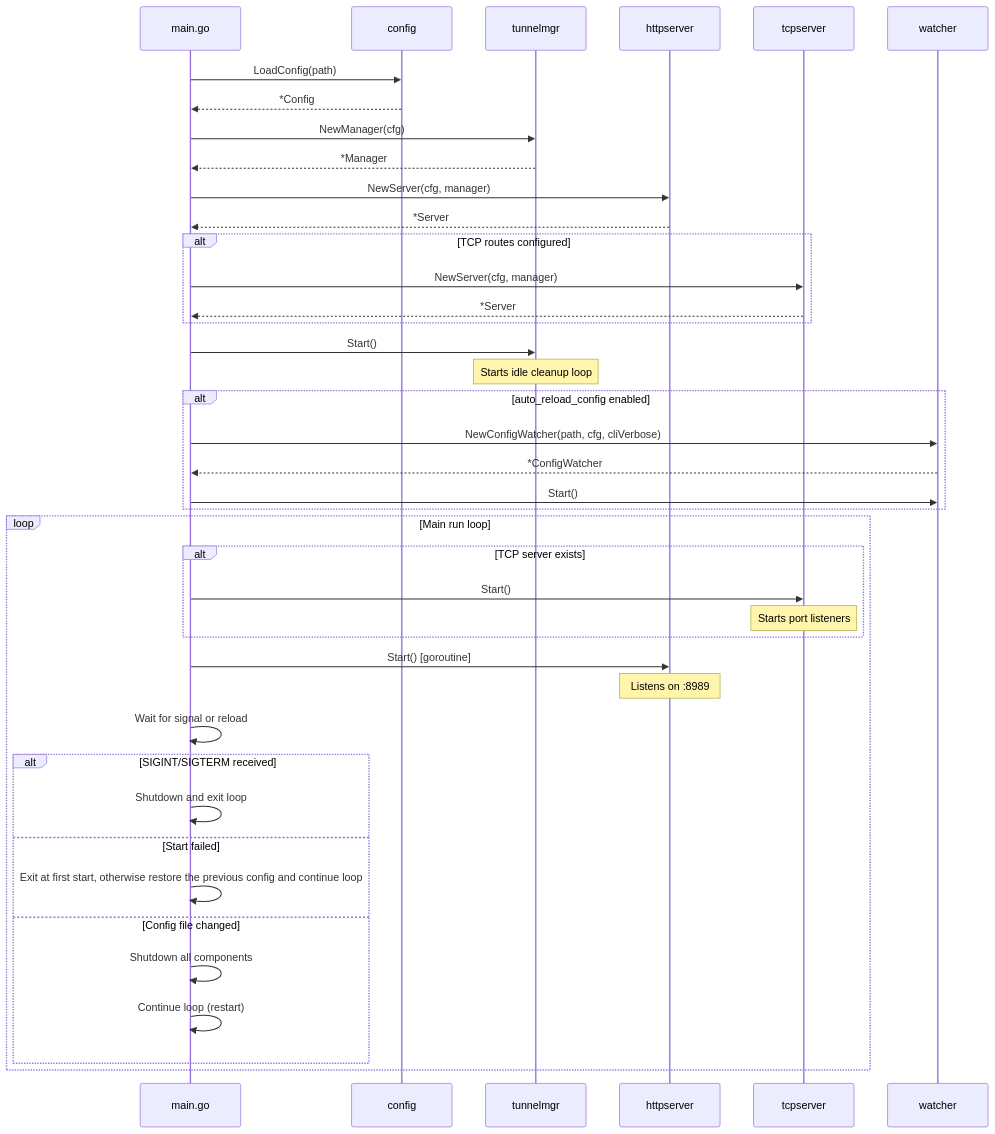
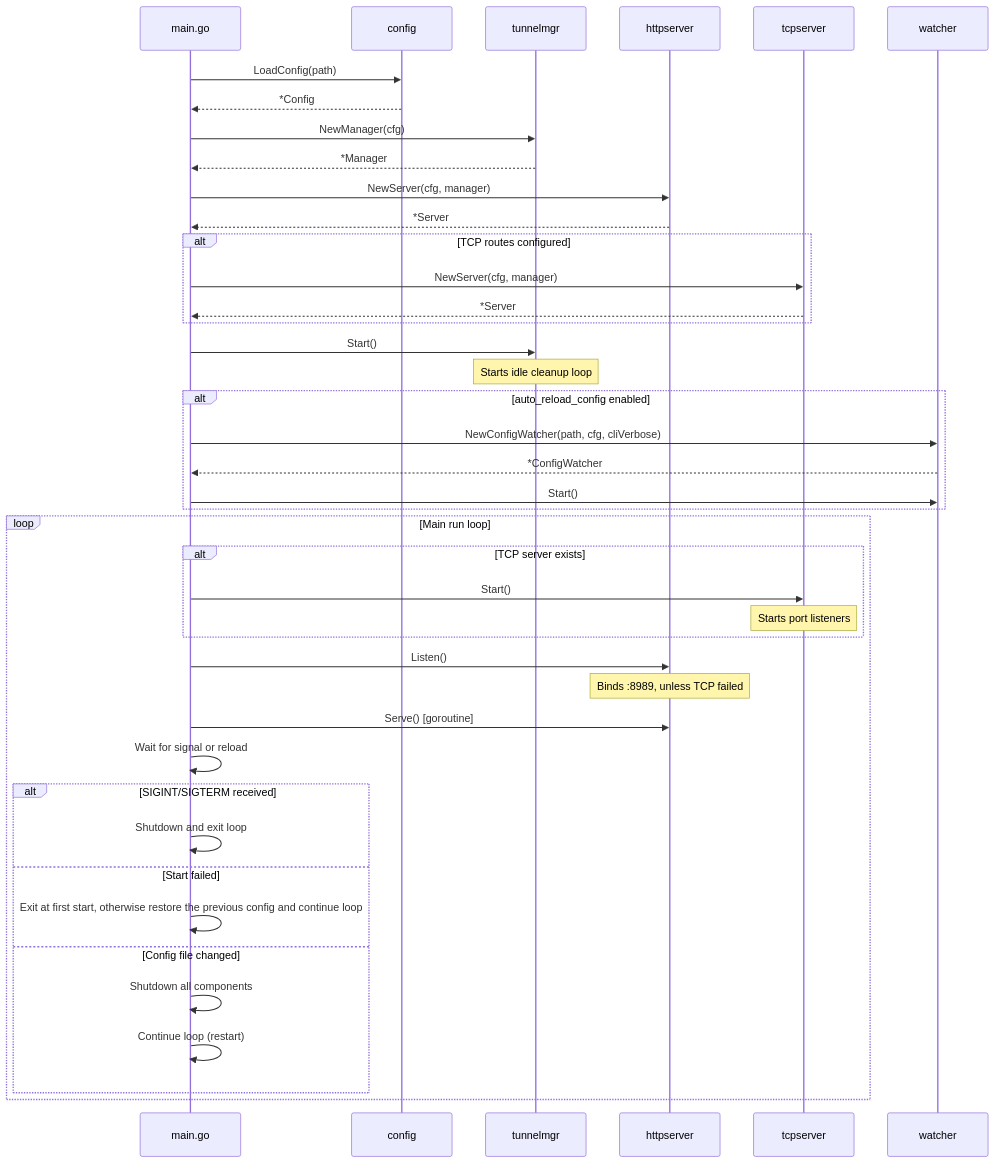
One commit to atas/autotunnel changed the first of 11 diagrams in internal/README.md. Above: the diagram before and after it, drawn with Mermaid.

Commit message:
Show HTTP binding before it serves in the startup diagram

````diff
--- a/internal/README.md
+++ b/internal/README.md
@@ -9,52 +9,53 @@
 ```mermaid
 sequenceDiagram
     participant main as main.go
     participant cfg as config
     participant mgr as tunnelmgr
     participant http as httpserver
     participant tcp as tcpserver
     participant watch as watcher
 
     main->>cfg: LoadConfig(path)
     cfg-->>main: *Config
 
     main->>mgr: NewManager(cfg)
     mgr-->>main: *Manager
 
     main->>http: NewServer(cfg, manager)
     http-->>main: *Server
 
     alt TCP routes configured
         main->>tcp: NewServer(cfg, manager)
         tcp-->>main: *Server
     end
 
     main->>mgr: Start()
     Note over mgr: Starts idle cleanup loop
 
     alt auto_reload_config enabled
         main->>watch: NewConfigWatcher(path, cfg, cliVerbose)
         watch-->>main: *ConfigWatcher
         main->>watch: Start()
     end
 
     loop Main run loop
         alt TCP server exists
             main->>tcp: Start()
             Note over tcp: Starts port listeners
         end
 
-        main->>http: Start() [goroutine]
-        Note over http: Listens on :8989
+        main->>http: Listen()
+        Note over http: Binds :8989, unless TCP failed
+        main->>http: Serve() [goroutine]
 
         main->>main: Wait for signal or reload
         alt SIGINT/SIGTERM received
             main->>main: Shutdown and exit loop
         else Start failed
             main->>main: Exit at first start, otherwise restore the previous config and continue loop
         else Config file changed
             main->>main: Shutdown all components
             main->>main: Continue loop (restart)
         end
     end
 ```
````
